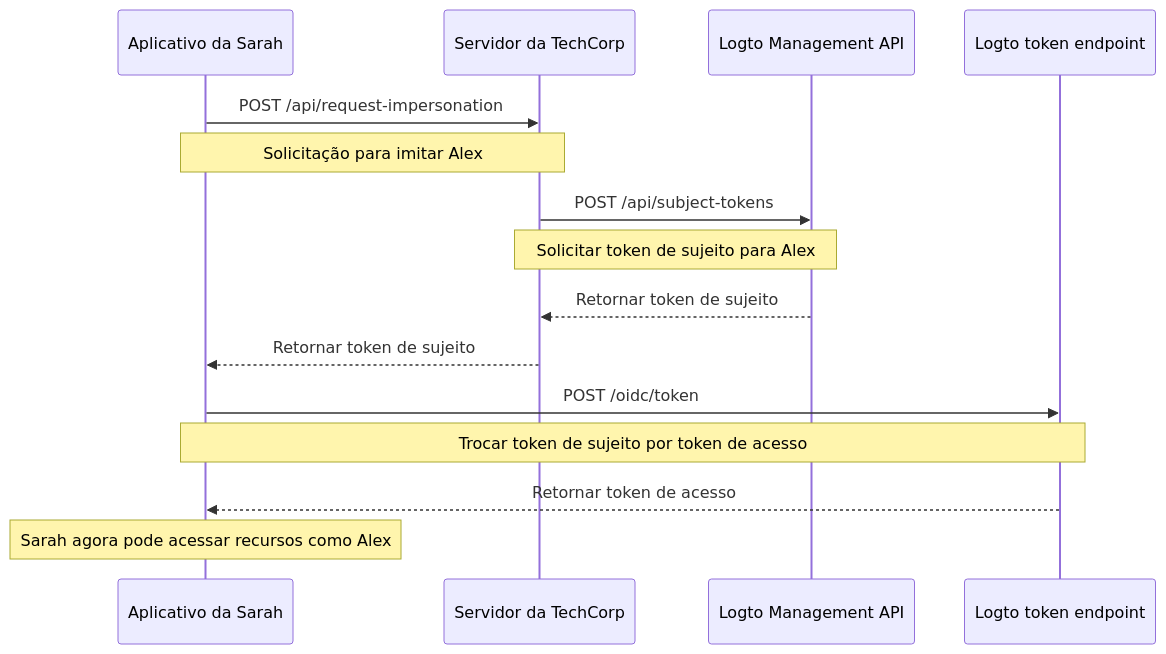
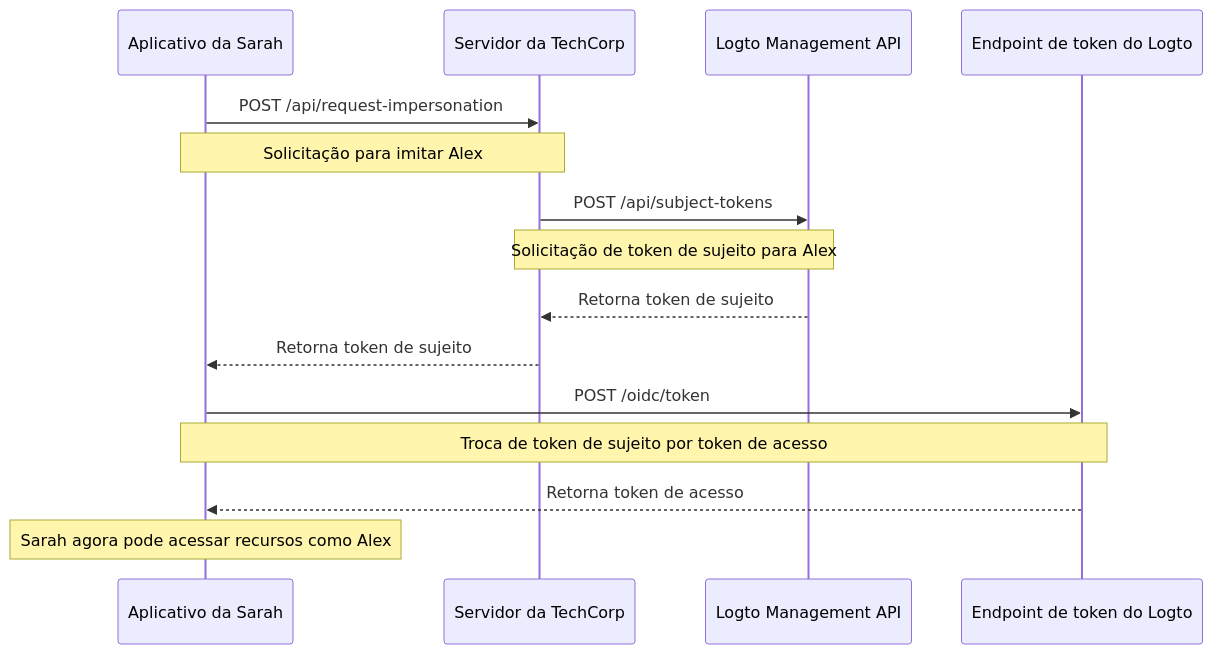
The diagram in i18n/pt-BR/docusaurus-plugin-content-docs/current/developers/user-impersonation.mdx (logto-io/docs), drawn with Mermaid before and after one commit. The commit also changed other lines of this file and 428 other files, not shown here.

````diff
--- a/i18n/pt-BR/docusaurus-plugin-content-docs/current/developers/user-impersonation.mdx
+++ b/i18n/pt-BR/docusaurus-plugin-content-docs/current/developers/user-impersonation.mdx
@@ -16,22 +16,22 @@
 ```mermaid
 sequenceDiagram
     participant Sarah as Aplicativo da Sarah
     participant TechCorp as Servidor da TechCorp
     participant Logto as Logto Management API
-    participant LogtoToken as Logto token endpoint
+    participant LogtoToken as Endpoint de token do Logto
 
     Sarah->>TechCorp: POST /api/request-impersonation
     Note over Sarah,TechCorp: Solicitação para imitar Alex
 
     TechCorp->>Logto: POST /api/subject-tokens
-    Note over TechCorp,Logto: Solicitar token de sujeito para Alex
+    Note over TechCorp,Logto: Solicitação de token de sujeito para Alex
 
-    Logto-->>TechCorp: Retornar token de sujeito
-    TechCorp-->>Sarah: Retornar token de sujeito
+    Logto-->>TechCorp: Retorna token de sujeito
+    TechCorp-->>Sarah: Retorna token de sujeito
 
     Sarah->>LogtoToken: POST /oidc/token
-    Note over Sarah,LogtoToken: Trocar token de sujeito por token de acesso
+    Note over Sarah,LogtoToken: Troca de token de sujeito por token de acesso
 
-    LogtoToken-->>Sarah: Retornar token de acesso
+    LogtoToken-->>Sarah: Retorna token de acesso
     Note over Sarah: Sarah agora pode acessar recursos como Alex
 ```
````
